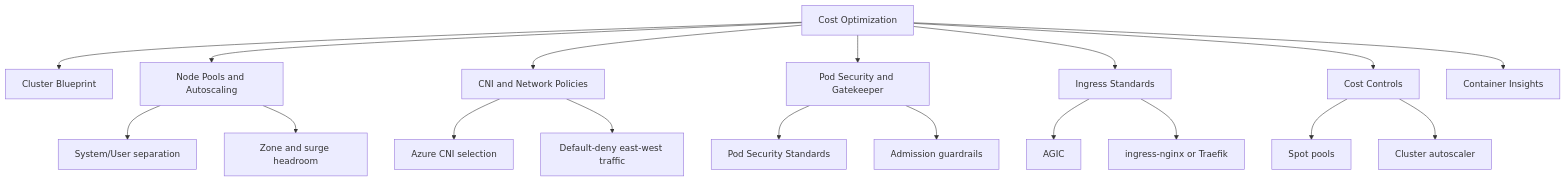
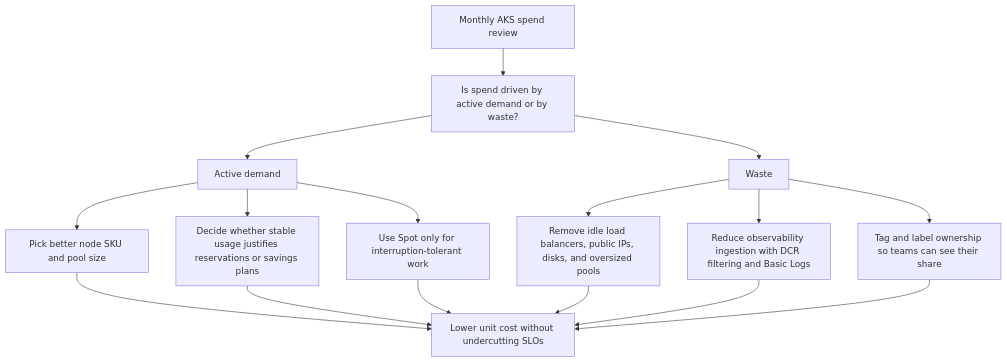
The diagram in docs/best-practices/cost-optimization.md (yeongseon/azure-kubernetes-service-practical-guide), drawn with Mermaid before and after one commit. The commit also changed other lines of this file and 5 other files, not shown here.

````diff
--- a/docs/best-practices/cost-optimization.md
+++ b/docs/best-practices/cost-optimization.md
@@ -45,20 +41,18 @@
 ```mermaid
 flowchart TD
-    A[Cost Optimization] --> B[Cluster Blueprint]
-    A --> C[Node Pools and Autoscaling]
-    A --> D[CNI and Network Policies]
-    A --> E[Pod Security and Gatekeeper]
-    A --> F[Ingress Standards]
-    A --> G[Cost Controls]
-    A --> H[Container Insights]
-    C --> C1[System/User separation]
-    C --> C2[Zone and surge headroom]
-    D --> D1[Azure CNI selection]
-    D --> D2[Default-deny east-west traffic]
-    E --> E1[Pod Security Standards]
-    E --> E2[Admission guardrails]
-    F --> F1[AGIC]
-    F --> F2[ingress-nginx or Traefik]
-    G --> G1[Spot pools]
-    G --> G2[Cluster autoscaler]
+    A[Monthly AKS spend review] --> B[Is spend driven by active demand or by waste?]
+    B --> C[Active demand]
+    B --> D[Waste]
+    C --> C1[Pick better node SKU and pool size]
+    C --> C2[Decide whether stable usage justifies reservations or savings plans]
+    C --> C3[Use Spot only for interruption-tolerant work]
+    D --> D1[Remove idle load balancers, public IPs, disks, and oversized pools]
+    D --> D2[Reduce observability ingestion with DCR filtering and Basic Logs]
+    D --> D3[Tag and label ownership so teams can see their share]
+    C1 --> E[Lower unit cost without undercutting SLOs]
+    C2 --> E
+    C3 --> E
+    D1 --> E
+    D2 --> E
+    D3 --> E
 ```
````
